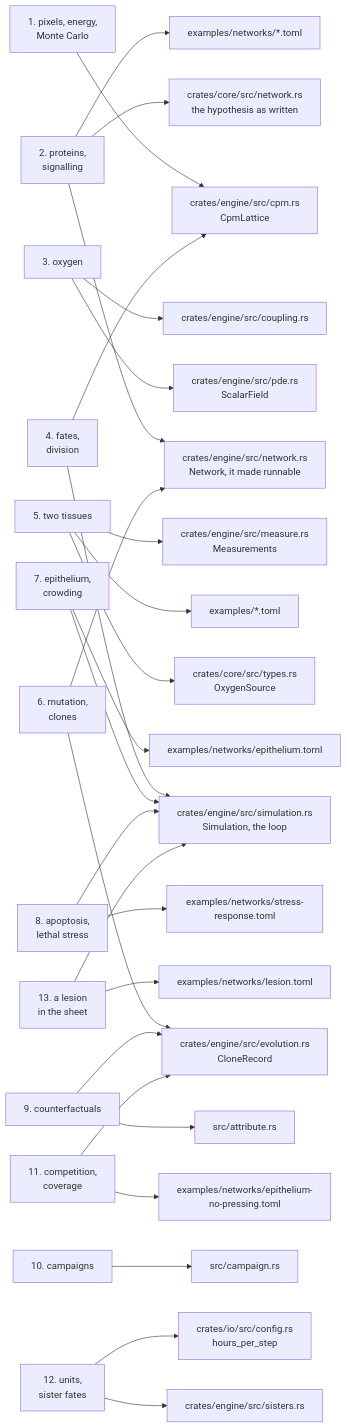
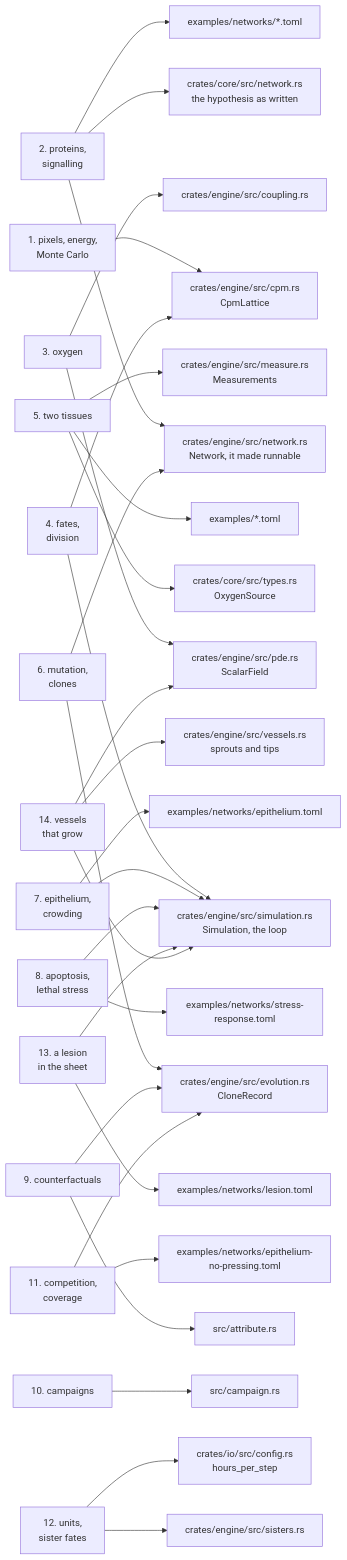
Before and after one commit to ngodzik/cellweave: the diagram in docs/README.md, drawn with Mermaid. The commit also changed other lines of this file and 28 other files, not shown here.

````diff
--- a/docs/README.md
+++ b/docs/README.md
@@ -36,29 +37,32 @@
 ```mermaid
 flowchart LR
     c1["1. pixels, energy,<br/>Monte Carlo"] --> cpm["crates/engine/src/cpm.rs<br/>CpmLattice"]
     c2["2. proteins,<br/>signalling"] --> net["crates/core/src/network.rs<br/>the hypothesis as written"]
     c2 --> run["crates/engine/src/network.rs<br/>Network, it made runnable"]
     c2 --> files["examples/networks/*.toml"]
     c3["3. oxygen"] --> pde["crates/engine/src/pde.rs<br/>ScalarField"]
     c3 --> cpl["crates/engine/src/coupling.rs"]
     c4["4. fates,<br/>division"] --> sim["crates/engine/src/simulation.rs<br/>Simulation, the loop"]
     c4 --> cpm
     c5["5. two tissues"] --> cfg["crates/core/src/types.rs<br/>OxygenSource"]
     c5 --> ex["examples/*.toml"]
     c5 --> mea["crates/engine/src/measure.rs<br/>Measurements"]
     c6["6. mutation,<br/>clones"] --> evo["crates/engine/src/evolution.rs<br/>CloneRecord"]
     c6 --> run
     c7["7. epithelium,<br/>crowding"] --> sim
     c7 --> epi["examples/networks/epithelium.toml"]
     c8["8. apoptosis,<br/>lethal stress"] --> sim
     c8 --> str["examples/networks/stress-response.toml"]
     c9["9. counterfactuals"] --> att["src/attribute.rs"]
     c9 --> evo
     c10["10. campaigns"] --> camp["src/campaign.rs"]
     c11["11. competition,<br/>coverage"] --> evo
     c11 --> nop["examples/networks/epithelium-no-pressing.toml"]
     c12["12. units,<br/>sister fates"] --> sis["crates/engine/src/sisters.rs"]
     c12 --> conf["crates/io/src/config.rs<br/>hours_per_step"]
     c13["13. a lesion<br/>in the sheet"] --> sim
     c13 --> les["examples/networks/lesion.toml"]
+    c14["14. vessels<br/>that grow"] --> ves["crates/engine/src/vessels.rs<br/>sprouts and tips"]
+    c14 --> pde
+    c14 --> sim
 ```
````
